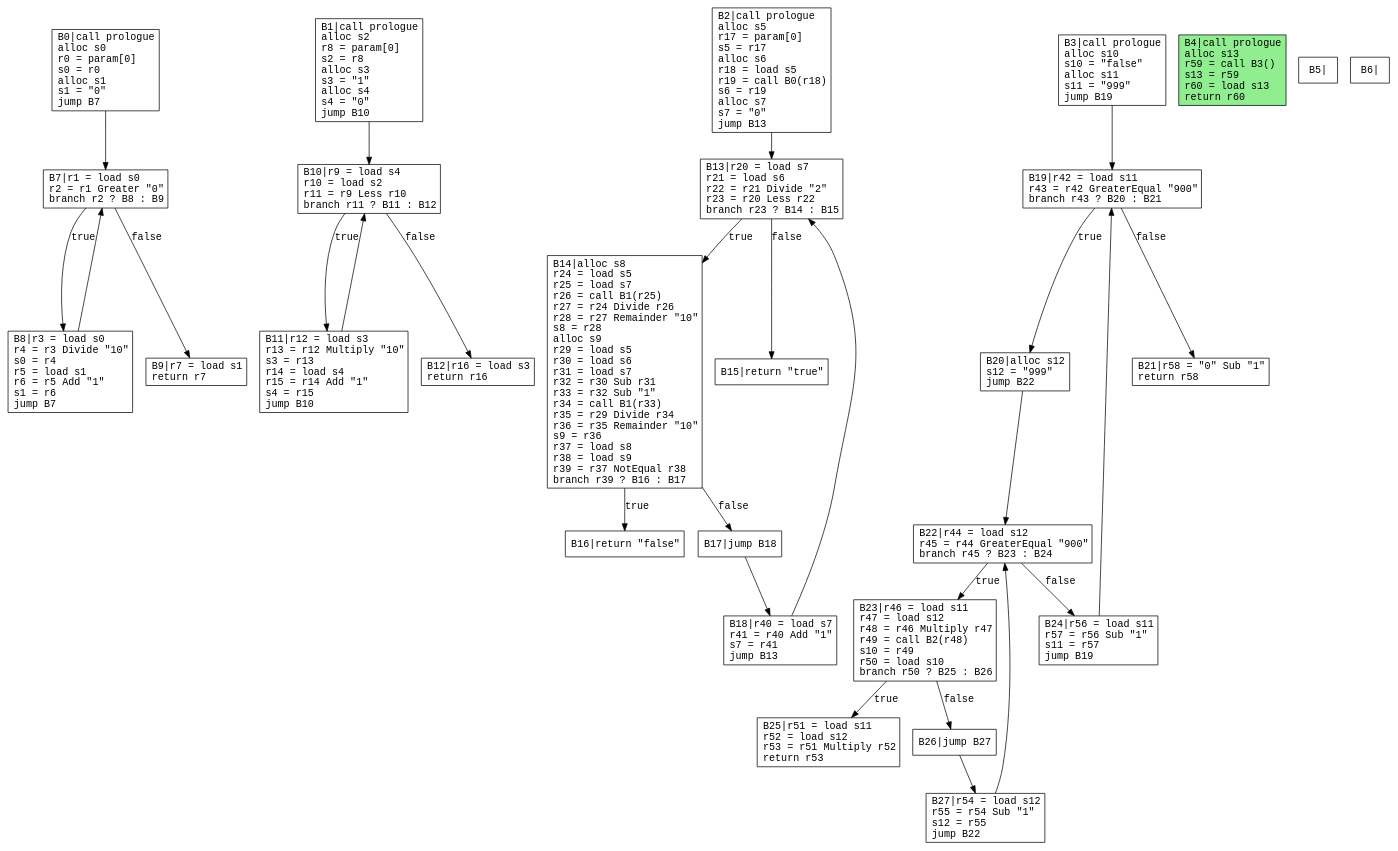
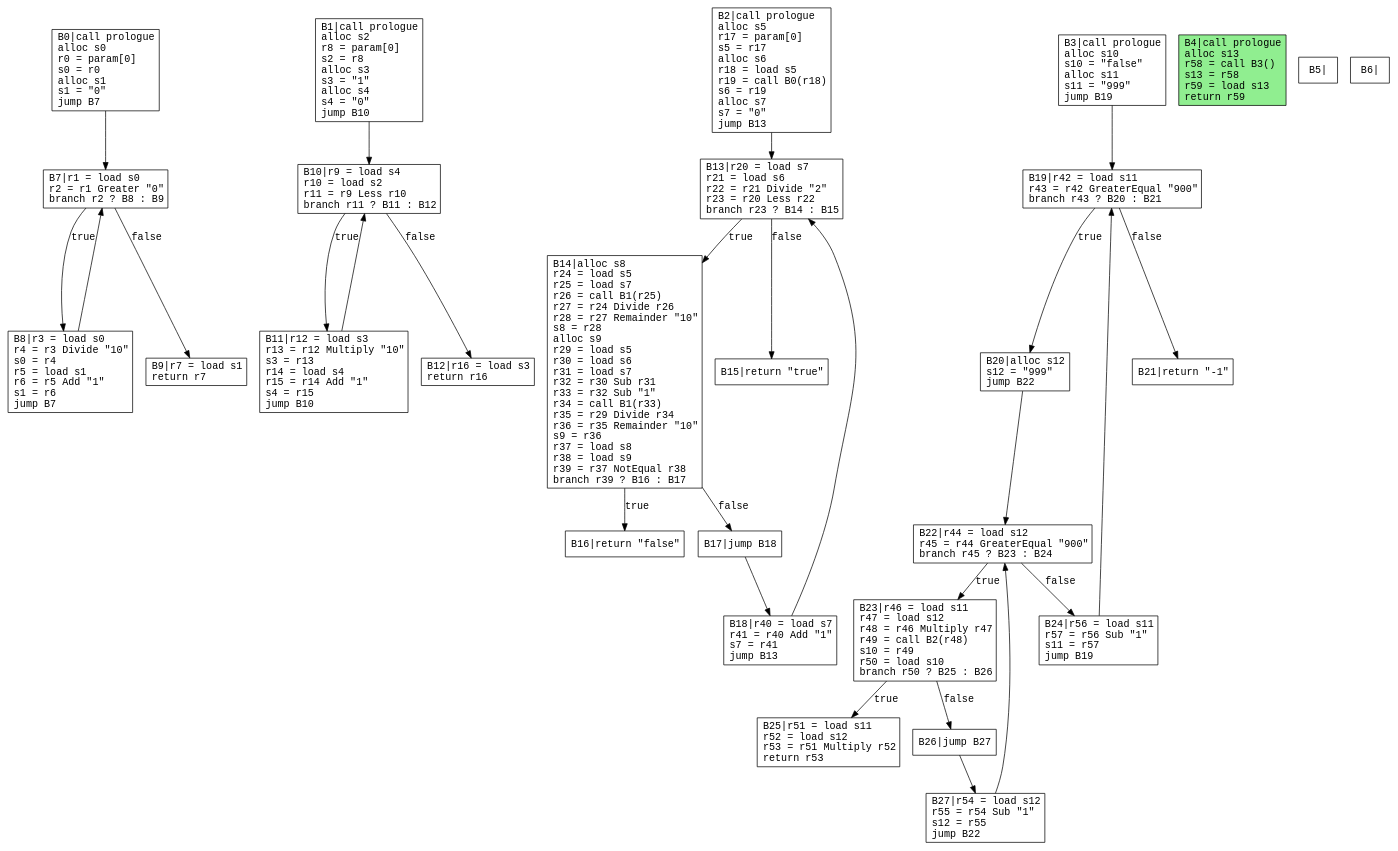
One commit to safarislava/ProcTranslator changed the diagram in output/prob1.dot. Above: the diagram before and after it, drawn with Graphviz. The commit also changed 13 other files, not shown here.

```diff
--- a/output/prob1.dot
+++ b/output/prob1.dot
@@ -1,61 +1,61 @@
 digraph CFG {
   rankdir=TB;
   node [shape=box, fontname="Courier"];
   edge [fontname="Courier"];
 
   B0 [label="B0|call prologue\lalloc s0\lr0 = param[0]\ls0 = r0\lalloc s1\ls1 = \"0\"\ljump B7\l"];
   B1 [label="B1|call prologue\lalloc s2\lr8 = param[0]\ls2 = r8\lalloc s3\ls3 = \"1\"\lalloc s4\ls4 = \"0\"\ljump B10\l"];
   B2 [label="B2|call prologue\lalloc s5\lr17 = param[0]\ls5 = r17\lalloc s6\lr18 = load s5\lr19 = call B0(r18)\ls6 = r19\lalloc s7\ls7 = \"0\"\ljump B13\l"];
   B3 [label="B3|call prologue\lalloc s10\ls10 = \"false\"\lalloc s11\ls11 = \"999\"\ljump B19\l"];
-  B4 [label="B4|call prologue\lalloc s13\lr59 = call B3()\ls13 = r59\lr60 = load s13\lreturn r60\l"];
+  B4 [label="B4|call prologue\lalloc s13\lr58 = call B3()\ls13 = r58\lr59 = load s13\lreturn r59\l"];
   B5 [label="B5|"];
   B6 [label="B6|"];
   B7 [label="B7|r1 = load s0\lr2 = r1 Greater \"0\"\lbranch r2 ? B8 : B9\l"];
   B8 [label="B8|r3 = load s0\lr4 = r3 Divide \"10\"\ls0 = r4\lr5 = load s1\lr6 = r5 Add \"1\"\ls1 = r6\ljump B7\l"];
   B9 [label="B9|r7 = load s1\lreturn r7\l"];
   B10 [label="B10|r9 = load s4\lr10 = load s2\lr11 = r9 Less r10\lbranch r11 ? B11 : B12\l"];
   B11 [label="B11|r12 = load s3\lr13 = r12 Multiply \"10\"\ls3 = r13\lr14 = load s4\lr15 = r14 Add \"1\"\ls4 = r15\ljump B10\l"];
   B12 [label="B12|r16 = load s3\lreturn r16\l"];
   B13 [label="B13|r20 = load s7\lr21 = load s6\lr22 = r21 Divide \"2\"\lr23 = r20 Less r22\lbranch r23 ? B14 : B15\l"];
   B14 [label="B14|alloc s8\lr24 = load s5\lr25 = load s7\lr26 = call B1(r25)\lr27 = r24 Divide r26\lr28 = r27 Remainder \"10\"\ls8 = r28\lalloc s9\lr29 = load s5\lr30 = load s6\lr31 = load s7\lr32 = r30 Sub r31\lr33 = r32 Sub \"1\"\lr34 = call B1(r33)\lr35 = r29 Divide r34\lr36 = r35 Remainder \"10\"\ls9 = r36\lr37 = load s8\lr38 = load s9\lr39 = r37 NotEqual r38\lbranch r39 ? B16 : B17\l"];
   B15 [label="B15|return \"true\"\l"];
   B16 [label="B16|return \"false\"\l"];
   B17 [label="B17|jump B18\l"];
   B18 [label="B18|r40 = load s7\lr41 = r40 Add \"1\"\ls7 = r41\ljump B13\l"];
   B19 [label="B19|r42 = load s11\lr43 = r42 GreaterEqual \"900\"\lbranch r43 ? B20 : B21\l"];
   B20 [label="B20|alloc s12\ls12 = \"999\"\ljump B22\l"];
-  B21 [label="B21|r58 = \"0\" Sub \"1\"\lreturn r58\l"];
+  B21 [label="B21|return \"-1\"\l"];
   B22 [label="B22|r44 = load s12\lr45 = r44 GreaterEqual \"900\"\lbranch r45 ? B23 : B24\l"];
   B23 [label="B23|r46 = load s11\lr47 = load s12\lr48 = r46 Multiply r47\lr49 = call B2(r48)\ls10 = r49\lr50 = load s10\lbranch r50 ? B25 : B26\l"];
   B24 [label="B24|r56 = load s11\lr57 = r56 Sub \"1\"\ls11 = r57\ljump B19\l"];
   B25 [label="B25|r51 = load s11\lr52 = load s12\lr53 = r51 Multiply r52\lreturn r53\l"];
   B26 [label="B26|jump B27\l"];
   B27 [label="B27|r54 = load s12\lr55 = r54 Sub \"1\"\ls12 = r55\ljump B22\l"];
   B0 -> B7;
   B1 -> B10;
   B2 -> B13;
   B3 -> B19;
   B7 -> B8 [label="true"];
   B7 -> B9 [label="false"];
   B8 -> B7;
   B10 -> B11 [label="true"];
   B10 -> B12 [label="false"];
   B11 -> B10;
   B13 -> B14 [label="true"];
   B13 -> B15 [label="false"];
   B14 -> B16 [label="true"];
   B14 -> B17 [label="false"];
   B17 -> B18;
   B18 -> B13;
   B19 -> B20 [label="true"];
   B19 -> B21 [label="false"];
   B20 -> B22;
   B22 -> B23 [label="true"];
   B22 -> B24 [label="false"];
   B23 -> B25 [label="true"];
   B23 -> B26 [label="false"];
   B24 -> B19;
   B26 -> B27;
   B27 -> B22;
   B4 [style=filled, fillcolor=lightgreen];
 }
```
